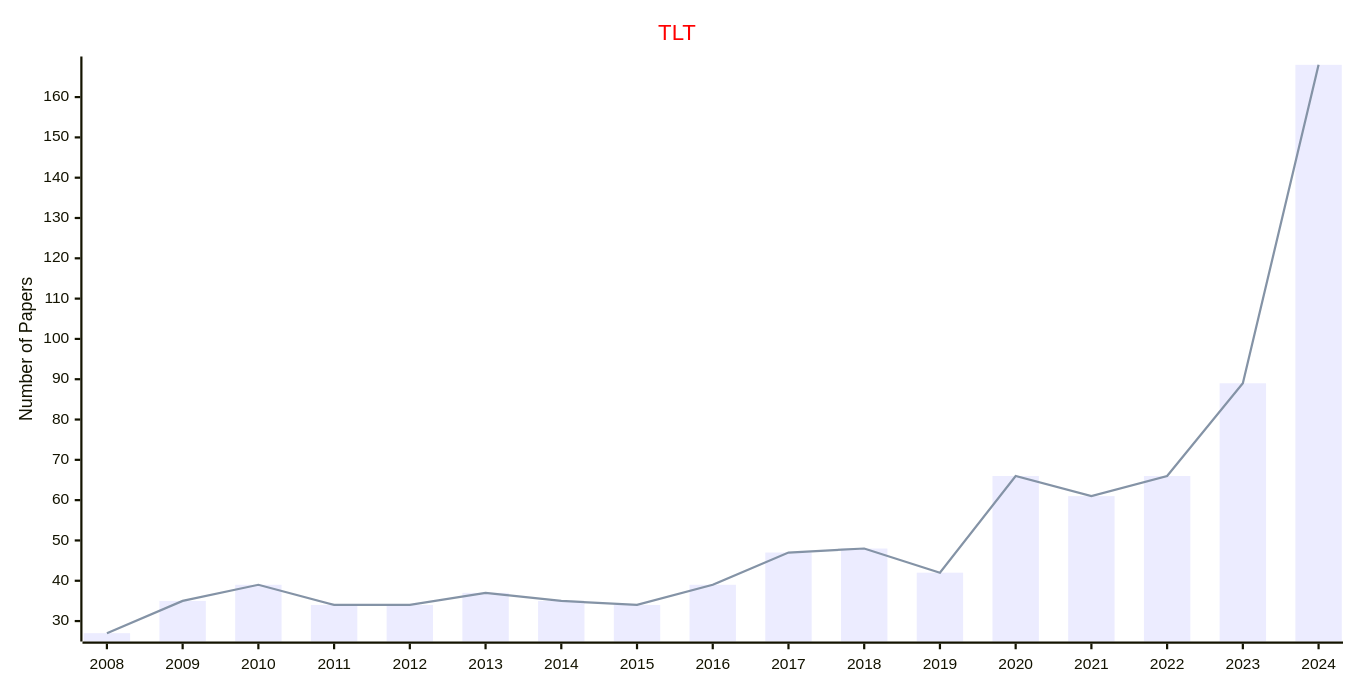
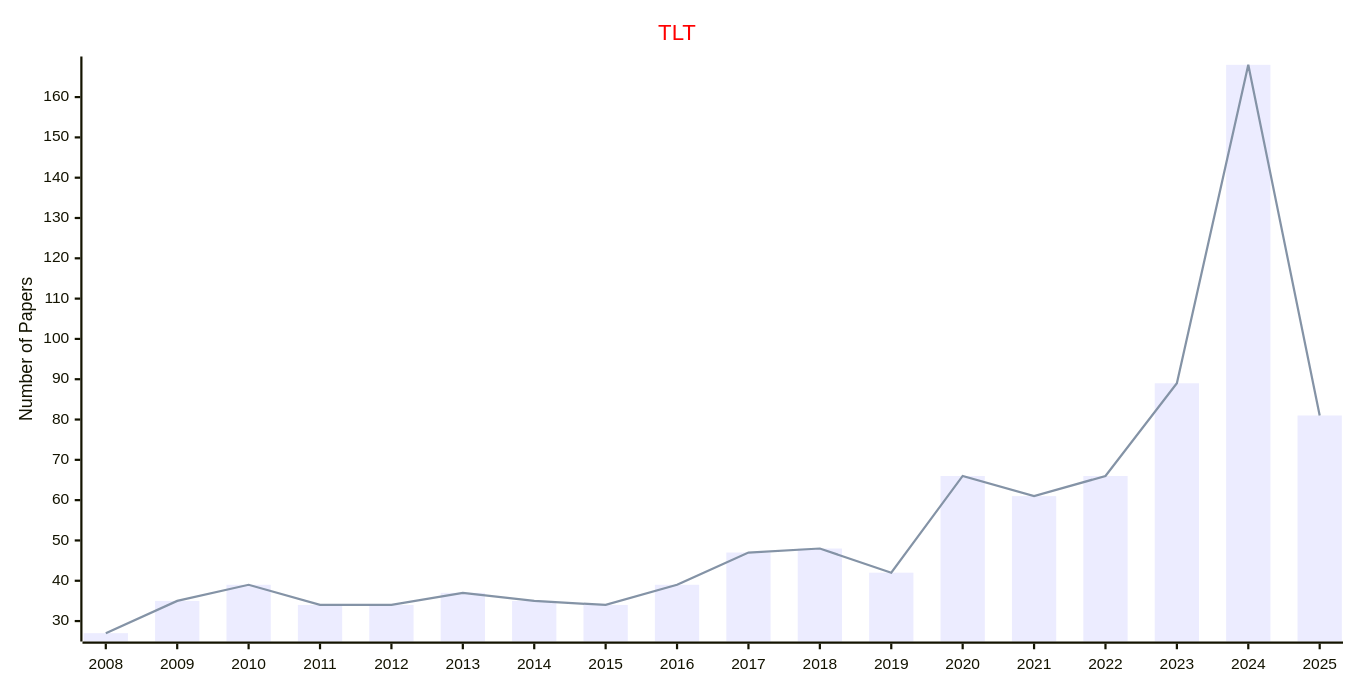
The fourth of 10 diagrams in docs/data/Journals/Statistics_Journals/Machine_Learning.md (Easy-PhD/AILinks), drawn with Mermaid before and after one commit. The commit also changed other lines of this file and 107 other files, not shown here.

````diff
--- a/docs/data/Journals/Statistics_Journals/Machine_Learning.md
+++ b/docs/data/Journals/Statistics_Journals/Machine_Learning.md
@@ -81,17 +81,17 @@
 ```mermaid
 ---
 config:
     xyChart:
         width: 1200
         height: 600
     themeVariables:
         xyChart:
             titleColor: "#ff0000"
 ---
 xychart-beta
     title "TLT"
-    x-axis [2008, 2009, 2010, 2011, 2012, 2013, 2014, 2015, 2016, 2017, 2018, 2019, 2020, 2021, 2022, 2023, 2024]
+    x-axis [2008, 2009, 2010, 2011, 2012, 2013, 2014, 2015, 2016, 2017, 2018, 2019, 2020, 2021, 2022, 2023, 2024, 2025]
     y-axis "Number of Papers"
-    bar [27, 35, 39, 34, 34, 37, 35, 34, 39, 47, 48, 42, 66, 61, 66, 89, 168]
-    line [27, 35, 39, 34, 34, 37, 35, 34, 39, 47, 48, 42, 66, 61, 66, 89, 168]
+    bar [27, 35, 39, 34, 34, 37, 35, 34, 39, 47, 48, 42, 66, 61, 66, 89, 168, 81]
+    line [27, 35, 39, 34, 34, 37, 35, 34, 39, 47, 48, 42, 66, 61, 66, 89, 168, 81]
 ```
````
